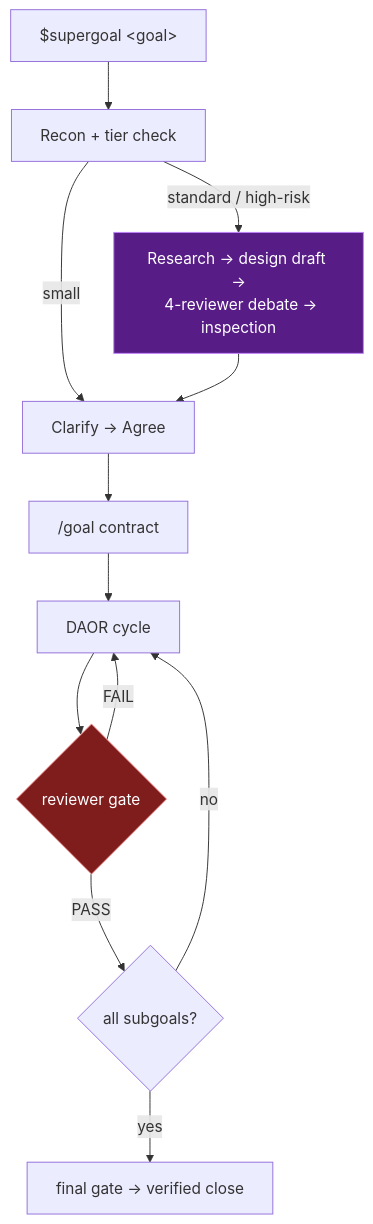
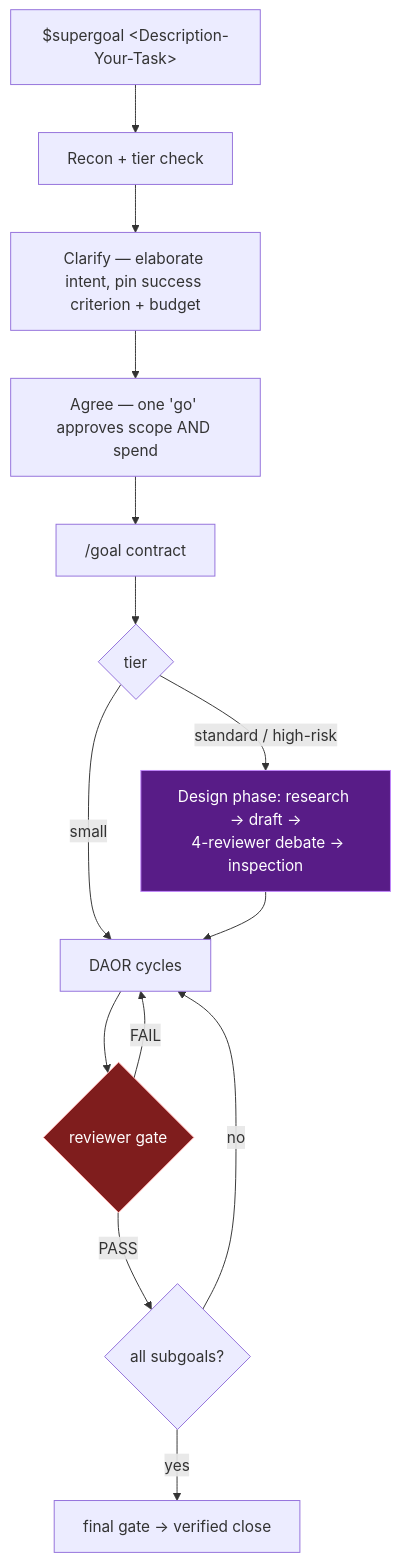
The diagram in README.md (lidapengpeng/SuperGoal-Skill), drawn with Mermaid before and after one commit. The commit also changed other lines of this file and 14 other files, not shown here.

First line of the commit message:
Harden delivery docs, hooks, and design-phase flow.

````diff
--- a/README.md
+++ b/README.md
@@ -44,20 +44,22 @@
 ```mermaid
 flowchart TD
-  A["$supergoal &lt;goal&gt;"] --> B["Recon + tier check"]
-  B -->|small| C["Clarify → Agree"]
-  B -->|standard / high-risk| D["Research → design draft →
+  A["$supergoal &lt;Description-Your-Task&gt;"] --> B["Recon + tier check"]
+  B --> C["Clarify — elaborate intent, pin success criterion + budget"]
+  C --> D["Agree — one 'go' approves scope AND spend"]
+  D --> E["/goal contract"]
+  E --> F{"tier"}
+  F -->|standard / high-risk| G["Design phase: research → draft →
   4-reviewer debate → inspection"]
-  D --> C
-  C --> E["/goal contract"]
-  E --> F["DAOR cycle"]
-  F --> G{"reviewer gate"}
-  G -->|FAIL| F
-  G -->|PASS| H{"all subgoals?"}
-  H -->|no| F
-  H -->|yes| I["final gate → verified close"]
+  F -->|small| H["DAOR cycles"]
+  G --> H
+  H --> I{"reviewer gate"}
+  I -->|FAIL| H
+  I -->|PASS| J{"all subgoals?"}
+  J -->|no| H
+  J -->|yes| K["final gate → verified close"]
 
   classDef gate fill:#7f1d1d,stroke:#fca5a5,color:#fff;
   classDef design fill:#581c87,stroke:#c084fc,color:#fff;
-  class G gate;
-  class D design;
+  class I gate;
+  class G design;
 ```
````
